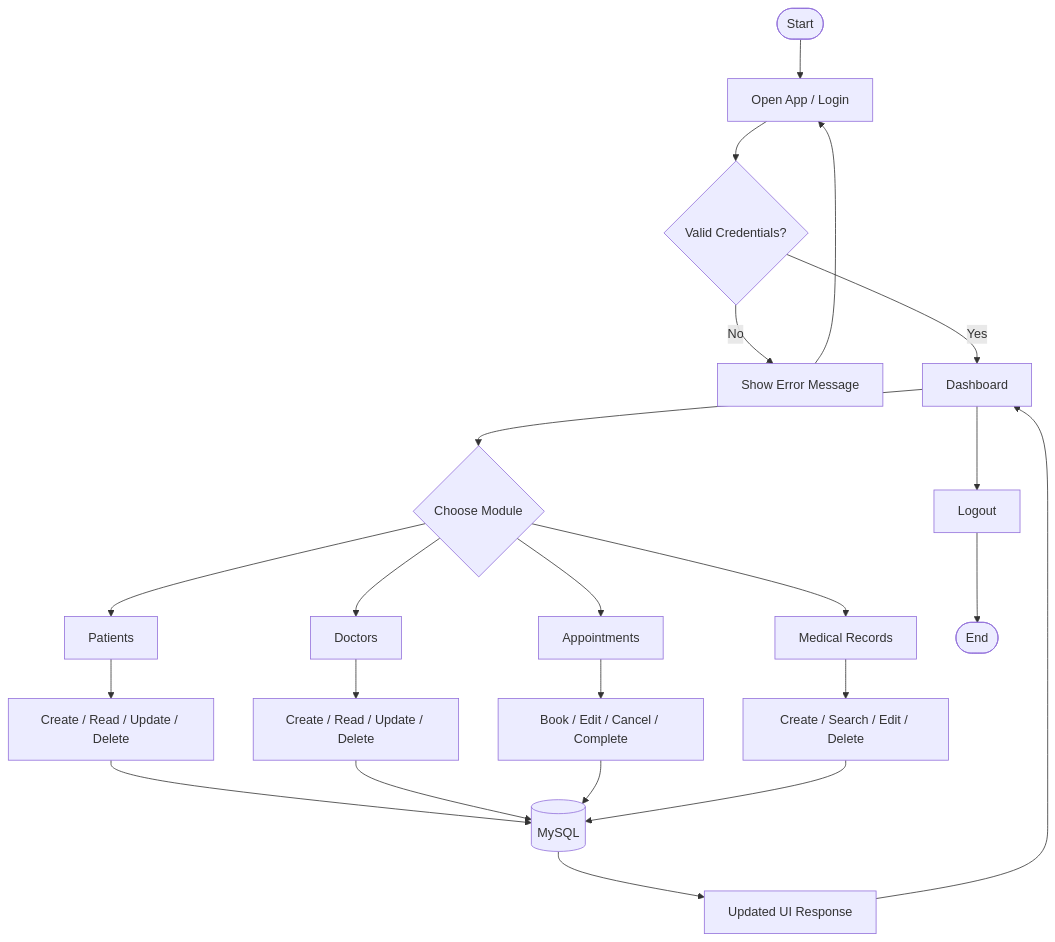
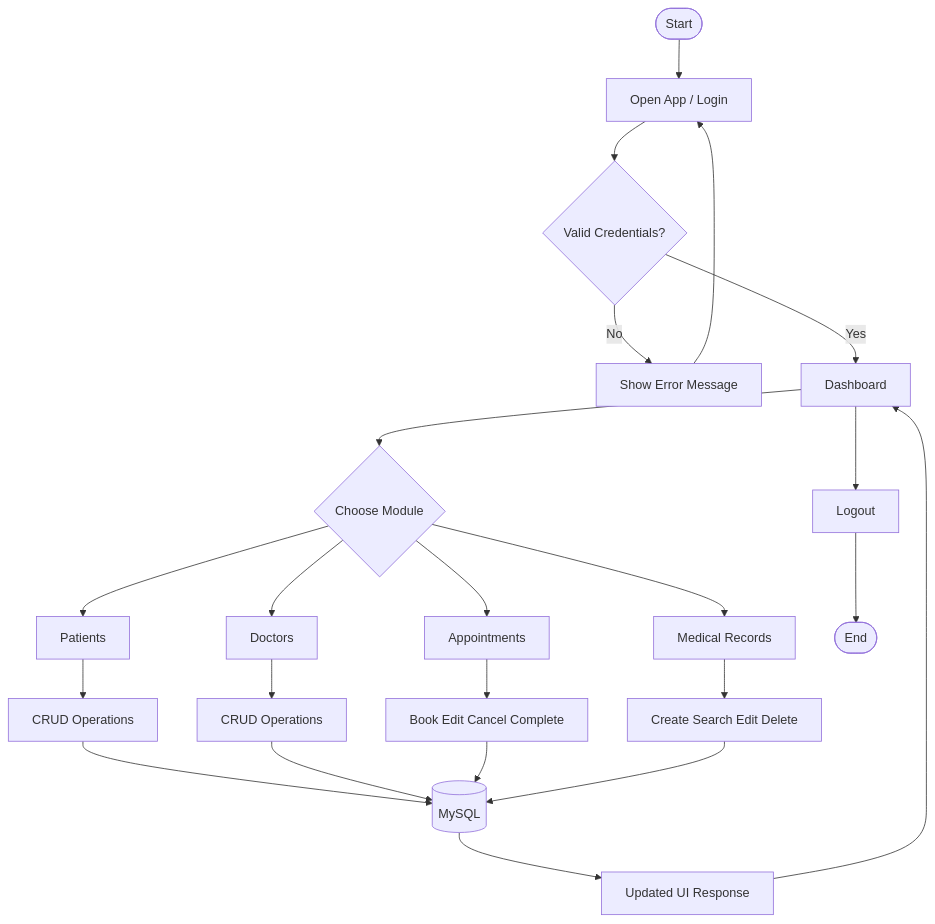
The second of 3 diagrams in BLOCK_DIAGRAM.md (shrs425p/Patient-Record-System), drawn with Mermaid before and after one commit. The commit also changed other lines of this file, not shown here.

````diff
--- a/BLOCK_DIAGRAM.md
+++ b/BLOCK_DIAGRAM.md
@@ -21,29 +21,29 @@
 ```mermaid
 flowchart TD
     S0([Start]) --> S1[Open App / Login]
     S1 --> S2{Valid Credentials?}
     S2 -- No --> S3[Show Error Message]
     S3 --> S1
     S2 -- Yes --> S4[Dashboard]
 
     S4 --> S5{Choose Module}
     S5 --> P[Patients]
     S5 --> D[Doctors]
     S5 --> A[Appointments]
     S5 --> R[Medical Records]
 
-    P --> C1[Create / Read / Update / Delete]
-    D --> C2[Create / Read / Update / Delete]
-    A --> C3[Book / Edit / Cancel / Complete]
-    R --> C4[Create / Search / Edit / Delete]
+    P --> C1[CRUD Operations]
+    D --> C2[CRUD Operations]
+    A --> C3[Book Edit Cancel Complete]
+    R --> C4[Create Search Edit Delete]
 
     C1 --> DB[(MySQL)]
     C2 --> DB
     C3 --> DB
     C4 --> DB
 
     DB --> S6[Updated UI Response]
     S6 --> S4
     S4 --> S7[Logout]
     S7 --> E([End])
 ```
````
